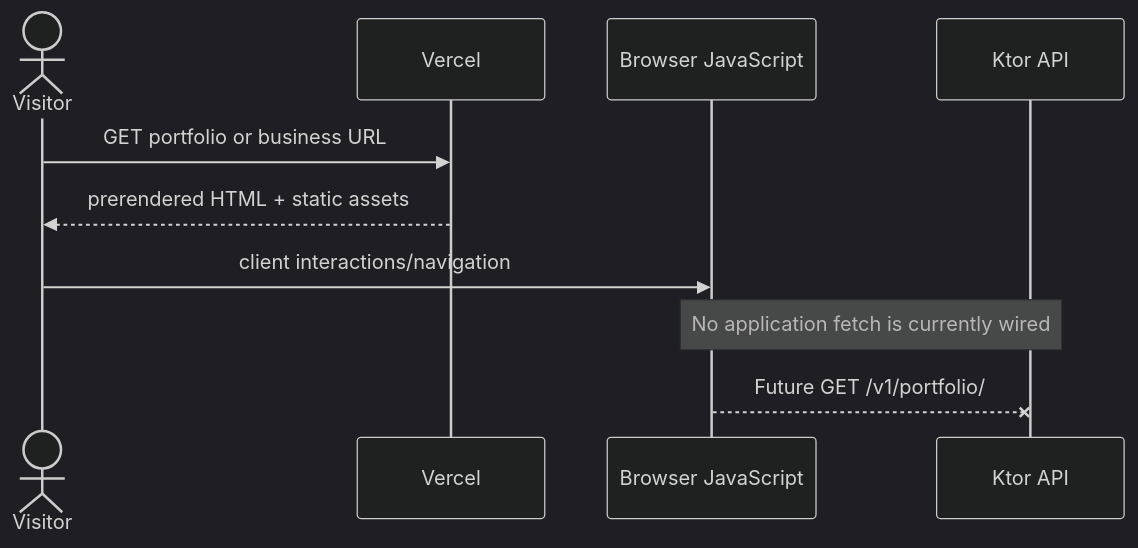
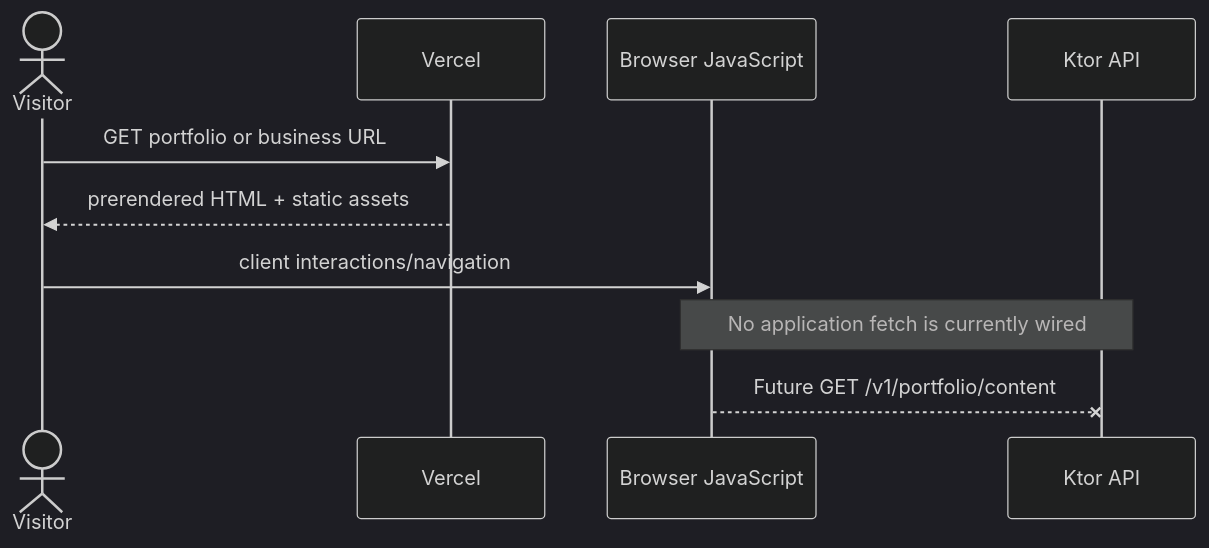
Before and after one commit to Sedaia-Designs/sedaia-web-platform: the first of 2 diagrams in ObsidianVault/Architecture/Runtime Topology.md, drawn with Mermaid (dark theme). The commit also changed other lines of this file and 6 other files, not shown here.

Commit message:
[Refactor: ktor]: Rename portfolio API endpoint to `/v1/portfolio/content` across docs, routes, tests, and deployment scripts

````diff
--- a/ObsidianVault/Architecture/Runtime Topology.md
+++ b/ObsidianVault/Architecture/Runtime Topology.md
@@ -23,13 +23,13 @@
 ```mermaid
 sequenceDiagram
     actor V as Visitor
     participant VE as Vercel
     participant JS as Browser JavaScript
     participant API as Ktor API
 
     V->>VE: GET portfolio or business URL
     VE-->>V: prerendered HTML + static assets
     V->>JS: client interactions/navigation
     Note over JS,API: No application fetch is currently wired
-    JS--xAPI: Future GET /v1/portfolio/
+    JS--xAPI: Future GET /v1/portfolio/content
 ```
````
